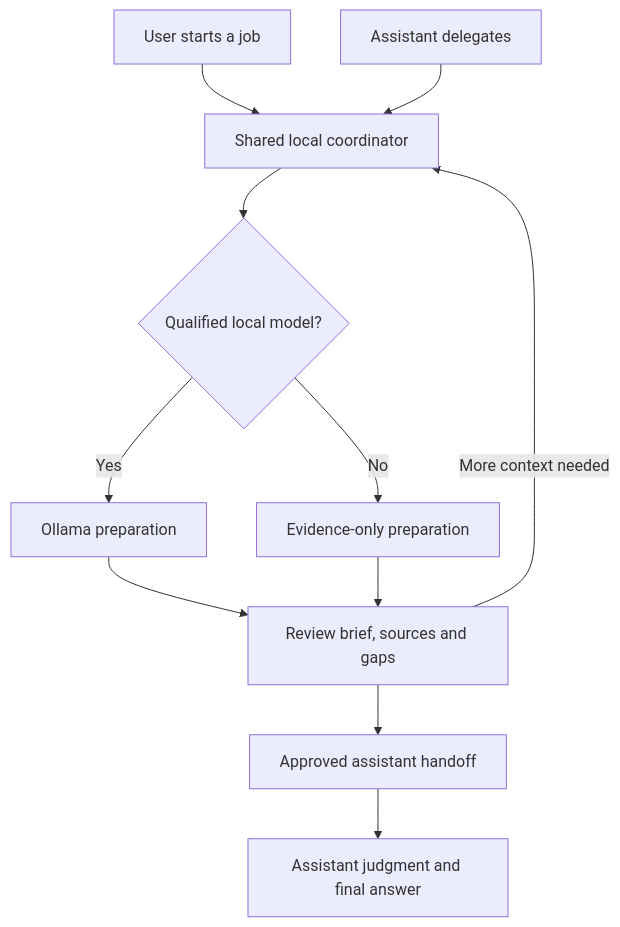
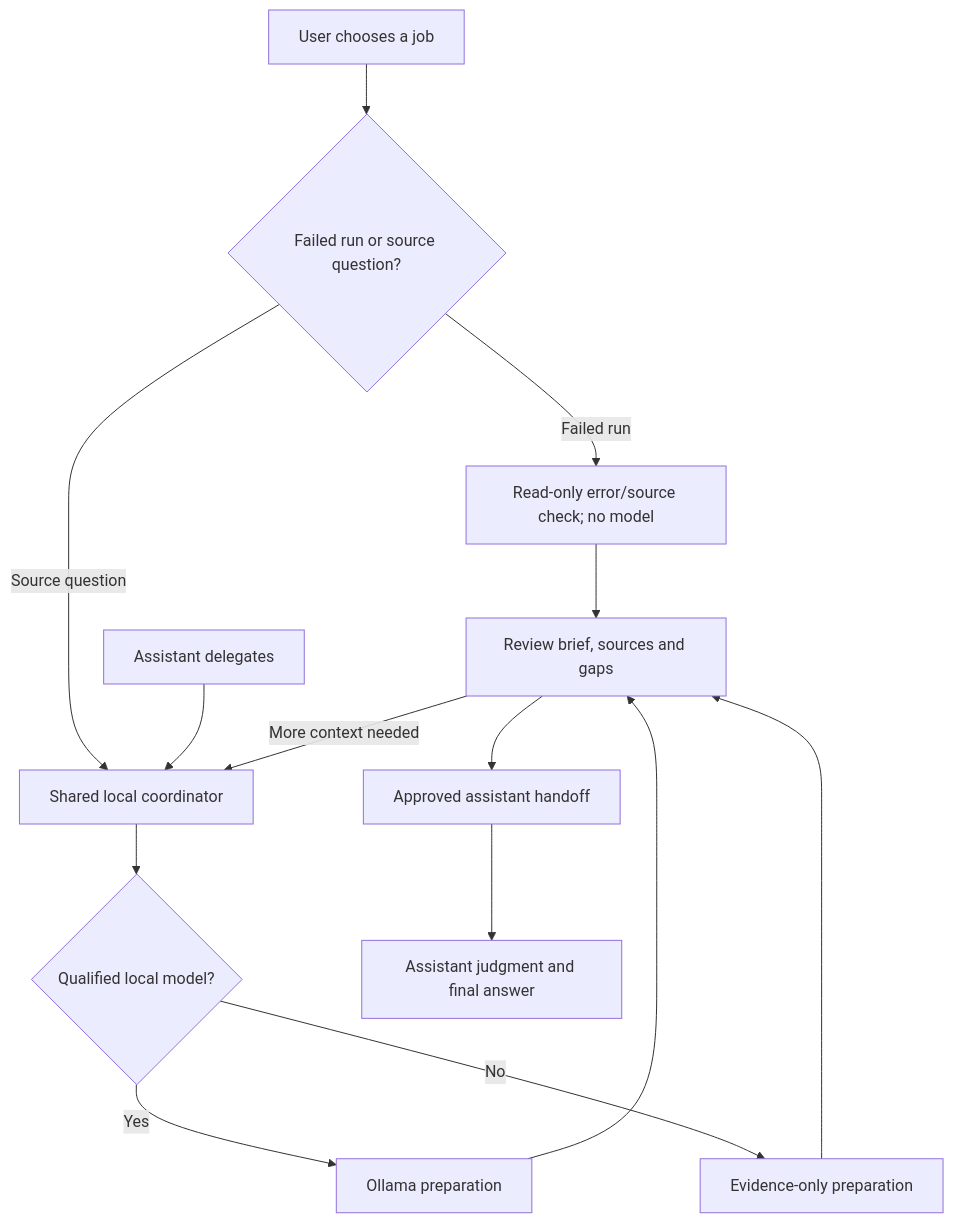
The diagram in docs/UX-WORKFLOW.md (bartytime4life/Shake-Bake-LLM), drawn with Mermaid before and after one commit. The commit also changed other lines of this file and 38 other files, not shown here.

````diff
--- a/docs/UX-WORKFLOW.md
+++ b/docs/UX-WORKFLOW.md
@@ -15,13 +15,16 @@
 ```mermaid
 flowchart TD
-    U["User starts a job"] --> C["Shared local coordinator"]
+    U["User chooses a job"] --> J{"Failed run or source question?"}
+    J -->|Failed run| D["Read-only error/source check; no model"]
+    J -->|Source question| C["Shared local coordinator"]
     H["Assistant delegates"] --> C
     C --> Q{"Qualified local model?"}
     Q -->|Yes| L["Ollama preparation"]
     Q -->|No| E["Evidence-only preparation"]
     L --> R["Review brief, sources and gaps"]
     E --> R
+    D --> R
     R -->|More context needed| C
     R --> S["Approved assistant handoff"]
     S --> F["Assistant judgment and final answer"]
 ```
````
